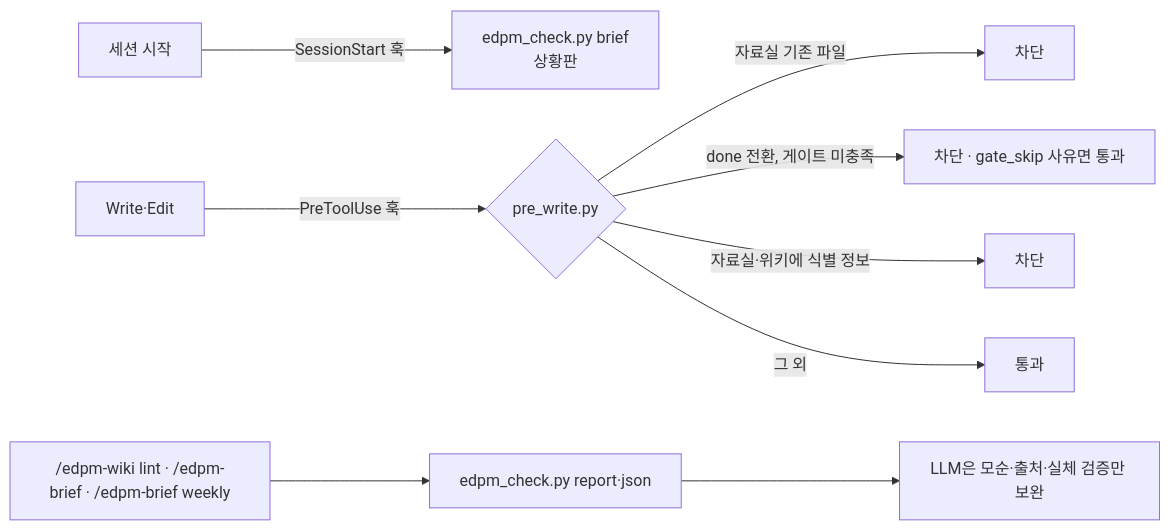
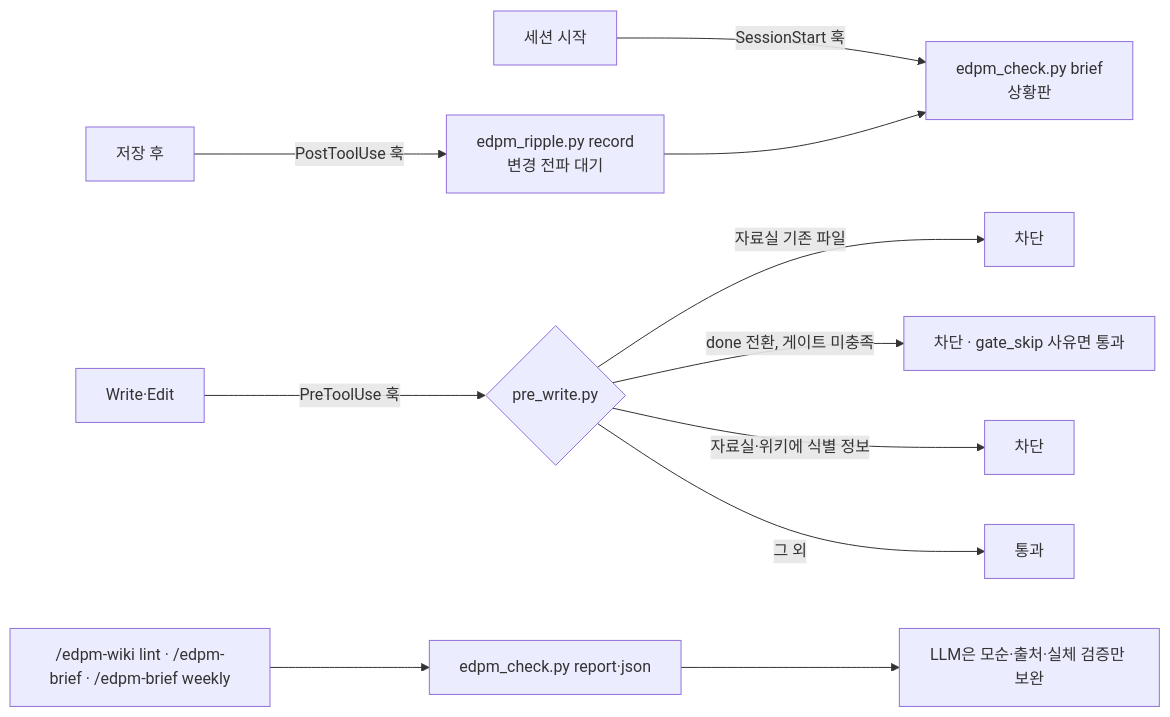
One commit to rey-hailey/agent-driven-edpm changed the diagram in guide/13.하네스와점검.md. Above: the diagram before and after it, drawn with Mermaid. The commit also changed other lines of this file and 30 other files, not shown here.

````diff
--- a/guide/13.하네스와점검.md
+++ b/guide/13.하네스와점검.md
@@ -7,11 +7,13 @@
 ```mermaid
 graph LR
     S[세션 시작] -->|SessionStart 훅| B[edpm_check.py brief<br/>상황판]
+    W2[저장 후] -->|PostToolUse 훅| RP[edpm_ripple.py record<br/>변경 전파 대기]
+    RP --> B
     W[Write·Edit] -->|PreToolUse 훅| G{pre_write.py}
     G -->|자료실 기존 파일| X1[차단]
     G -->|done 전환, 게이트 미충족| X2[차단 · gate_skip 사유면 통과]
     G -->|자료실·위키에 식별 정보| X3[차단]
     G -->|그 외| OK[통과]
     L["/edpm-wiki lint · /edpm-brief · /edpm-brief weekly"] --> R[edpm_check.py report·json]
     R --> LLM[LLM은 모순·출처·실체 검증만 보완]
 ```
````
